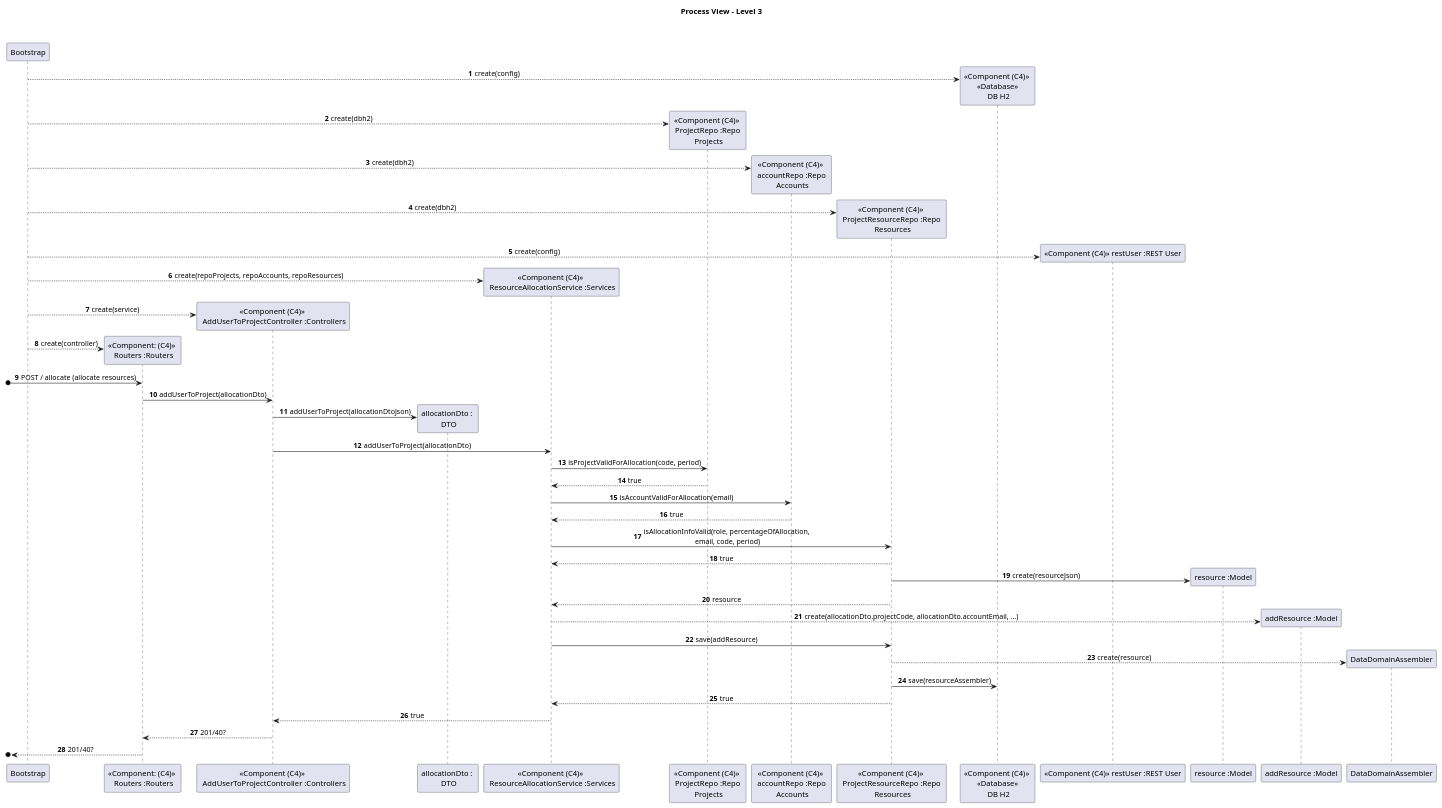
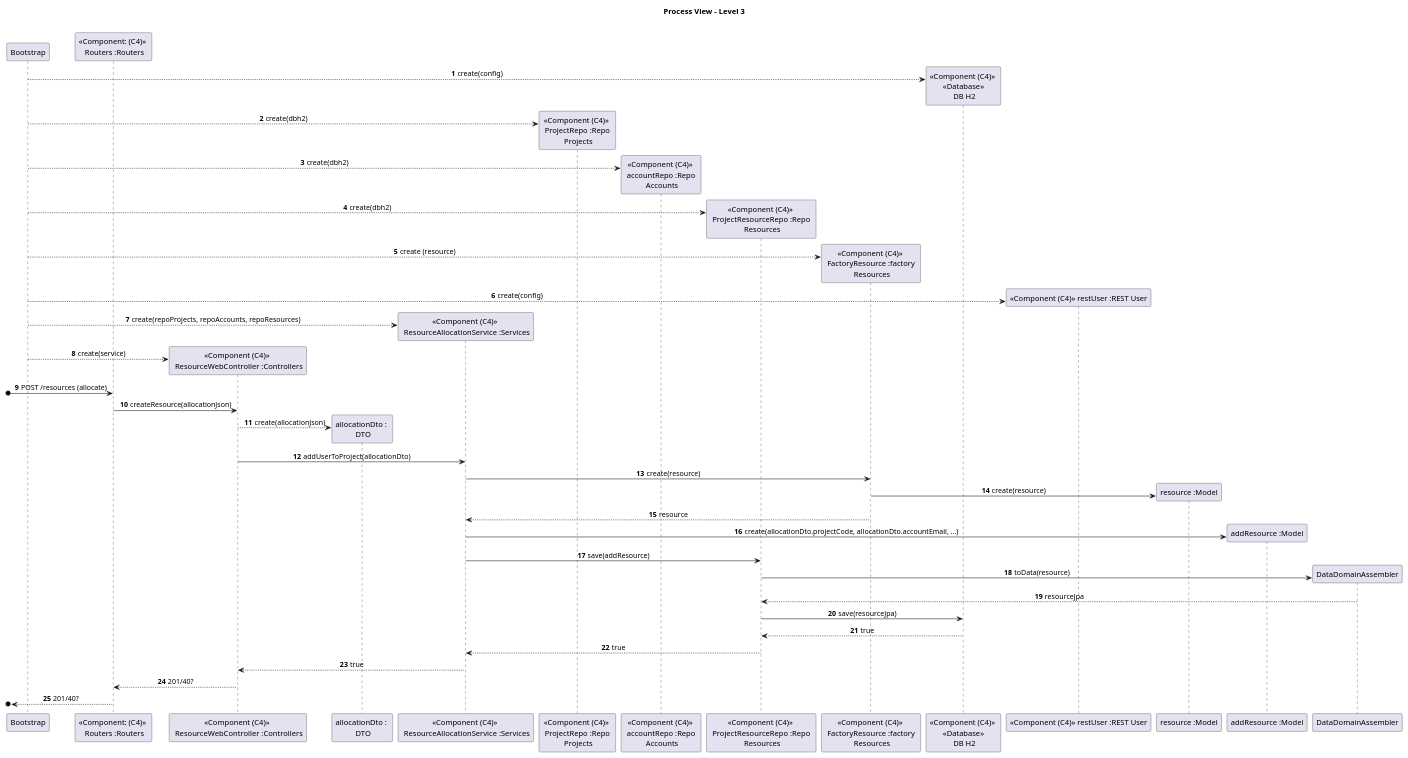
Before and after one commit to Loracline/project_switch_22-23: the third of 3 diagrams in docs/architectural_design_model/process_view.puml, drawn with PlantUML. The commit also changed other lines of this file and 2 other files, not shown here.

Commit message:
NO US : Update of architectural design model references #675

```diff
--- a/docs/architectural_design_model/process_view.puml
+++ b/docs/architectural_design_model/process_view.puml
@@ -52,63 +51,60 @@
 @startuml
 skinparam sequenceMessageAlign center
 title Process View - Level 3
 
 autonumber
 
 participant Bootstrap as boot
 participant "<<Component: (C4)>> \n Routers :Routers" as router
-participant "<<Component (C4)>> \n AddUserToProjectController :Controllers" as controller
+participant "<<Component (C4)>> \n ResourceWebController :Controllers" as controller
 participant "allocationDto : \n DTO" as dto
 participant "<<Component (C4)>> \n ResourceAllocationService :Services" as service
 participant "<<Component (C4)>> \n ProjectRepo :Repo \n Projects" as repop
 participant "<<Component (C4)>> \n accountRepo :Repo \n Accounts" as repoa
 participant "<<Component (C4)>> \n ProjectResourceRepo :Repo \n Resources" as repor
+participant "<<Component (C4)>> \n FactoryResource :factory \n Resources" as factory
 participant "<<Component (C4)>> \n <<Database>> \n DB H2" as db
 participant "<<Component (C4)>> restUser :REST User" as api
 participant "resource :Model" as rmodel
 participant "addResource :Model" as addmodel
 participant "DataDomainAssembler" as assembler
 
 create db
 boot --> db: create(config)
 create repop
 boot --> repop: create(dbh2)
 create repoa
 boot --> repoa: create(dbh2)
 create repor
 boot --> repor: create(dbh2)
+create factory
+boot --> factory: create (resource)
 create api
 boot --> api: create(config)
 create service
 boot --> service: create(repoProjects, repoAccounts, repoResources)
 create controller
 boot --> controller: create(service)
-create router
-boot --> router: create(controller)
-
-[o-> router: POST / allocate (allocate resources)
-router -> controller: addUserToProject(allocationDto)
+[o-> router: POST /resources (allocate)
+router -> controller: createResource(allocationJson)
 create dto
-controller -> dto: addUserToProject(allocationDtoJson)
+controller --> dto: create(allocationJson)
 controller -> service: addUserToProject(allocationDto)
-service -> repop: isProjectValidForAllocation(code, period)
-repop --> service: true
-service -> repoa: isAccountValidForAllocation(email)
-repoa --> service: true
-service -> repor: isAllocationInfoValid(role, percentageOfAllocation,\n email, code, period)
-repor --> service: true
+service -> factory: create(resource)
 create rmodel
-repor -> rmodel: create(resourceJson)
-repor --> service: resource
+factory -> rmodel: create(resource)
+factory --> service: resource
 create addmodel
-service --> addmodel: create(allocationDto.projectCode, allocationDto.accountEmail, ...)
+service -> addmodel: create(allocationDto.projectCode, allocationDto.accountEmail, ...)
 service -> repor: save(addResource)
 create assembler
-repor --> assembler: create(resource)
-repor -> db: save(resourceAssembler)
+repor -> assembler: toData(resource)
+assembler --> repor: resourceJpa
+repor -> db: save(resourceJpa)
+db --> repor: true
 repor --> service: true
 service --> controller: true
 controller --> router: 201/40?
 [o<-- router : 201/40?
 
 @enduml
```
